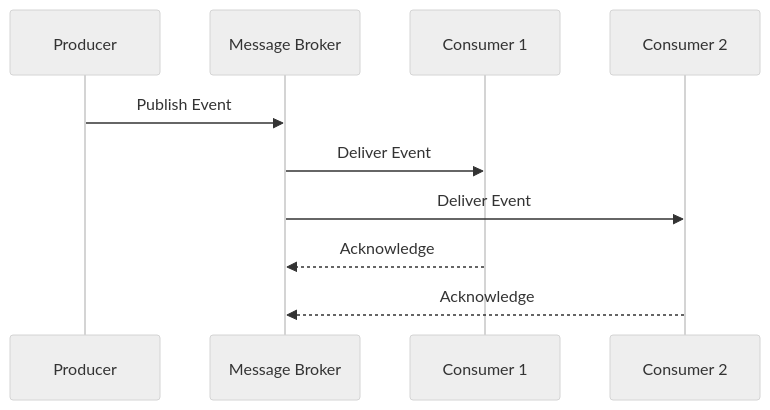
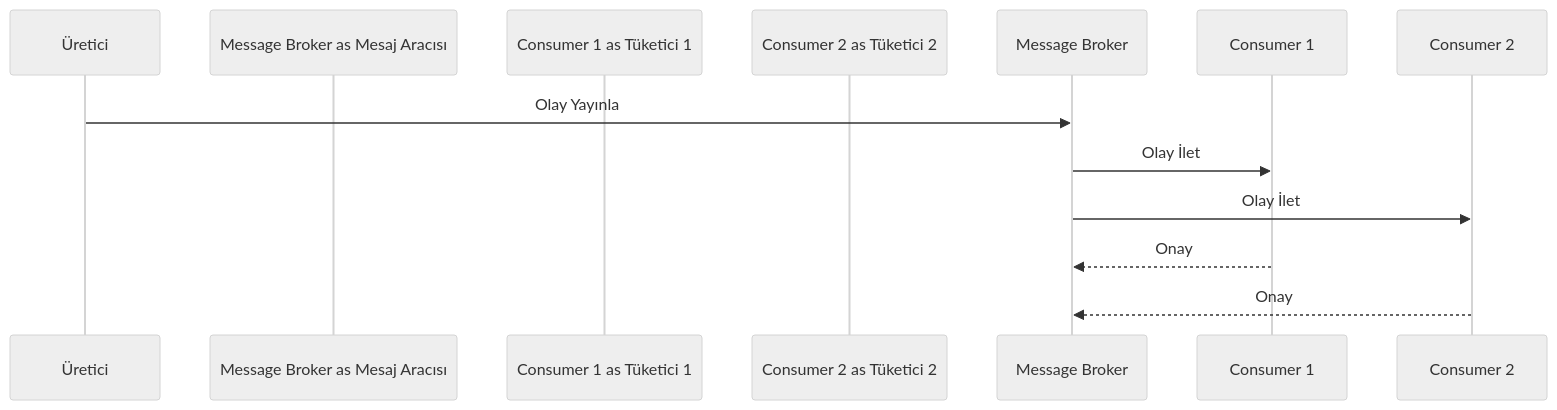
One commit to endmr11/system_design changed the third of 7 diagrams in backend/basics/request-response-model.md. Above: the diagram before and after it, drawn with Mermaid (neutral theme). The commit also changed other lines of this file, not shown here.

````diff
--- a/backend/basics/request-response-model.md
+++ b/backend/basics/request-response-model.md
@@ -72,13 +72,13 @@
 ```mermaid
 sequenceDiagram
-    participant Producer
-    participant Message Broker
-    participant Consumer 1
-    participant Consumer 2
+    participant Producer as Üretici
+    participant Message Broker as Mesaj Aracısı
+    participant Consumer 1 as Tüketici 1
+    participant Consumer 2 as Tüketici 2
     
-    Producer->>Message Broker: Publish Event
-    Message Broker->>Consumer 1: Deliver Event
-    Message Broker->>Consumer 2: Deliver Event
-    Consumer 1-->>Message Broker: Acknowledge
-    Consumer 2-->>Message Broker: Acknowledge
+    Producer->>Message Broker: Olay Yayınla
+    Message Broker->>Consumer 1: Olay İlet
+    Message Broker->>Consumer 2: Olay İlet
+    Consumer 1-->>Message Broker: Onay
+    Consumer 2-->>Message Broker: Onay
 ```
````
